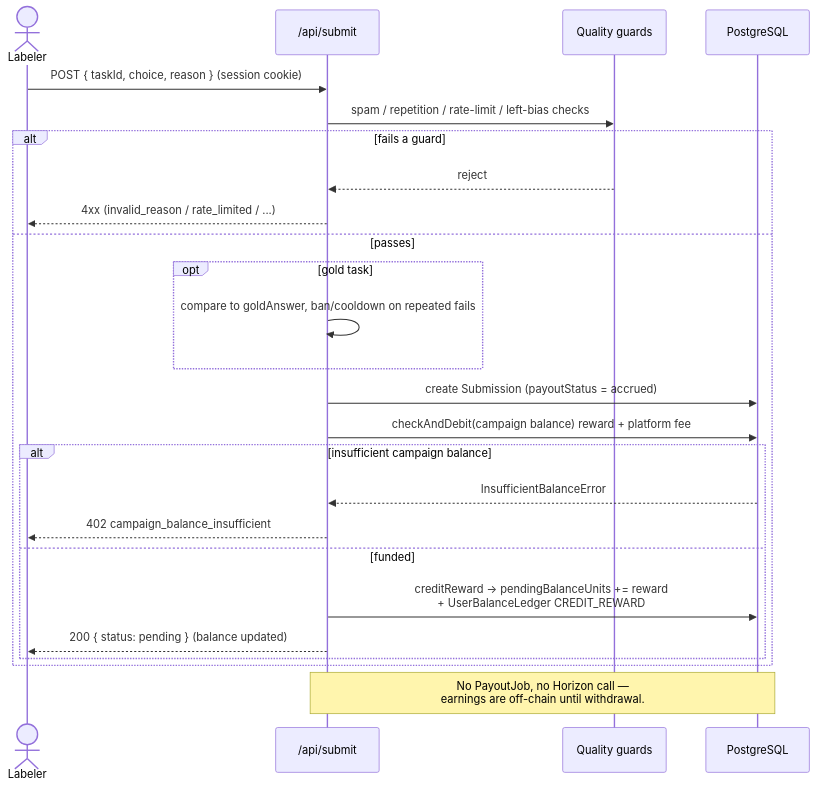
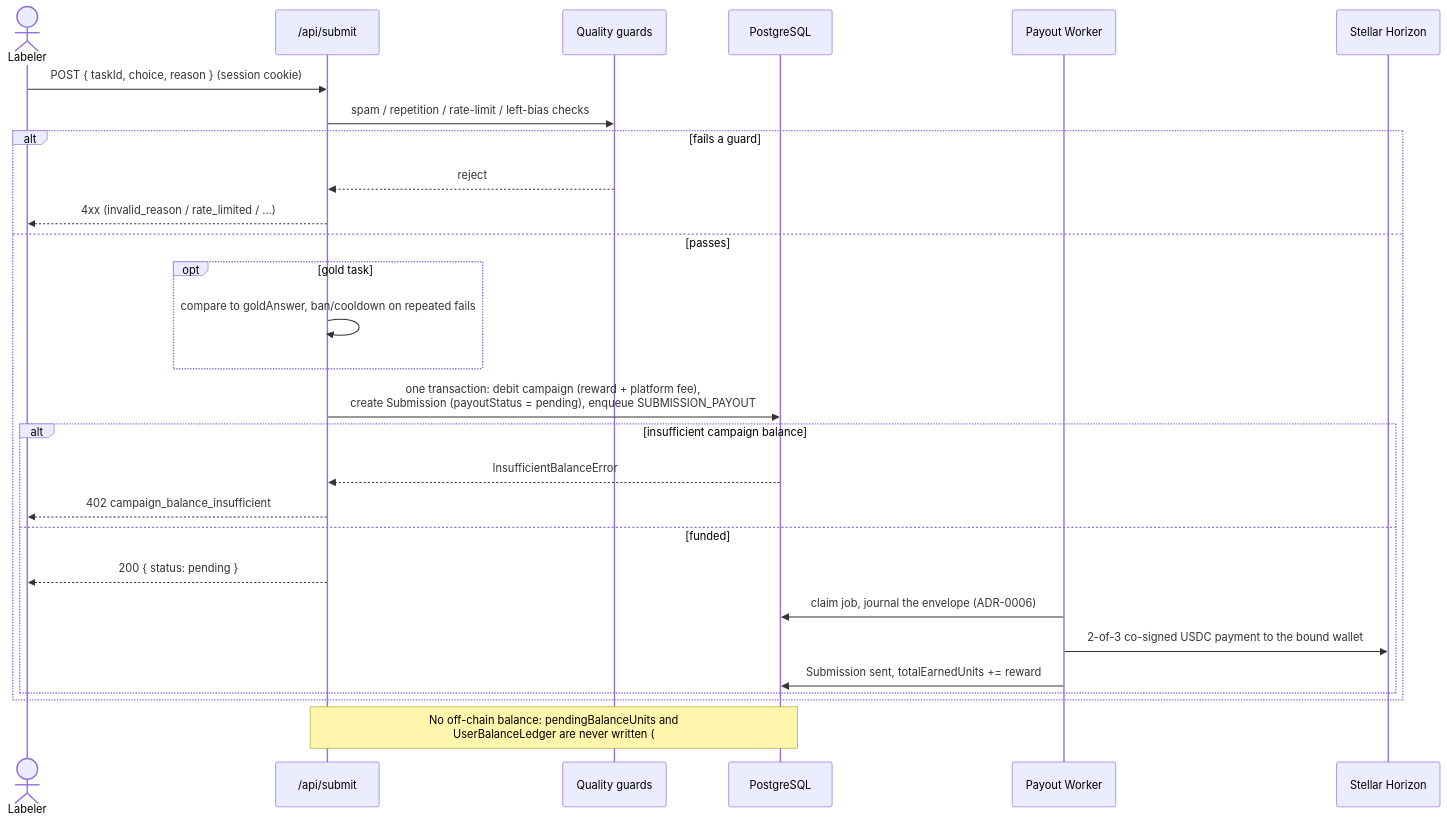
The third of 4 diagrams in README.md (artisam-centient/centient), drawn with Mermaid before and after one commit. The commit also changed other lines of this file and 8 other files, not shown here.

````diff
--- a/README.md
+++ b/README.md
@@ -205,28 +209,31 @@
 ```mermaid
 sequenceDiagram
     actor L as Labeler
     participant API as /api/submit
     participant Q as Quality guards
     participant DB as PostgreSQL
+    participant PW as Payout Worker
+    participant HZ as Stellar Horizon
 
     L->>API: POST { taskId, choice, reason } (session cookie)
     API->>Q: spam / repetition / rate-limit / left-bias checks
     alt fails a guard
         Q-->>API: reject
         API-->>L: 4xx (invalid_reason / rate_limited / ...)
     else passes
         opt gold task
             API->>API: compare to goldAnswer, ban/cooldown on repeated fails
         end
-        API->>DB: create Submission (payoutStatus = accrued)
-        API->>DB: checkAndDebit(campaign balance) reward + platform fee
+        API->>DB: one transaction: debit campaign (reward + platform fee),<br/>create Submission (payoutStatus = pending), enqueue SUBMISSION_PAYOUT
         alt insufficient campaign balance
             DB-->>API: InsufficientBalanceError
             API-->>L: 402 campaign_balance_insufficient
         else funded
-            API->>DB: creditReward -> pendingBalanceUnits += reward<br/>+ UserBalanceLedger CREDIT_REWARD
-            API-->>L: 200 { status: pending } (balance updated)
+            API-->>L: 200 { status: pending }
+            PW->>DB: claim job, journal the envelope (ADR-0006)
+            PW->>HZ: 2-of-3 co-signed USDC payment to the bound wallet
+            PW->>DB: Submission sent, totalEarnedUnits += reward
         end
     end
-    Note over API,DB: No PayoutJob, no Horizon call —<br/>earnings are off-chain until withdrawal.
+    Note over API,DB: No off-chain balance: pendingBalanceUnits and<br/>UserBalanceLedger are never written (#39).
 ```
````
